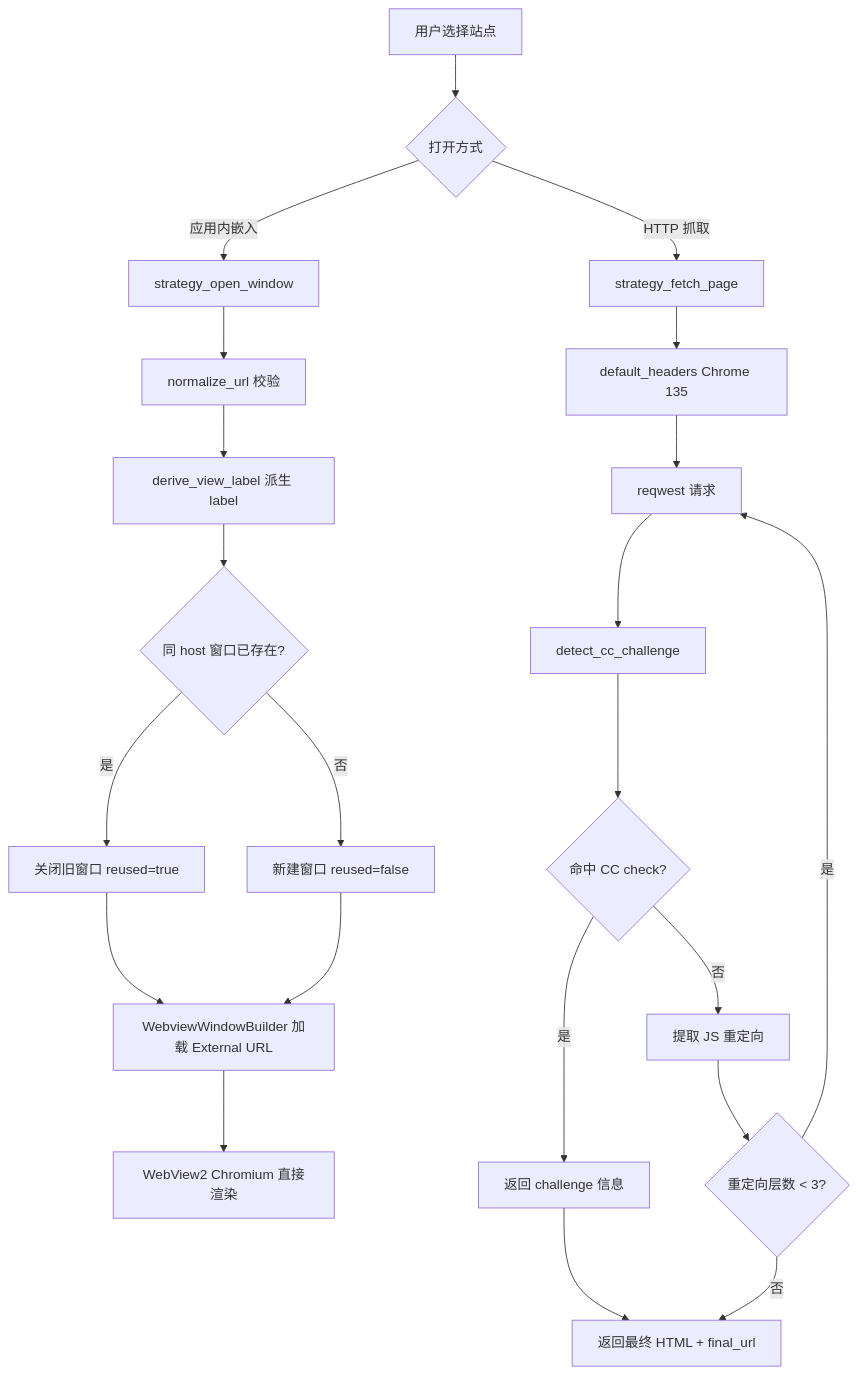
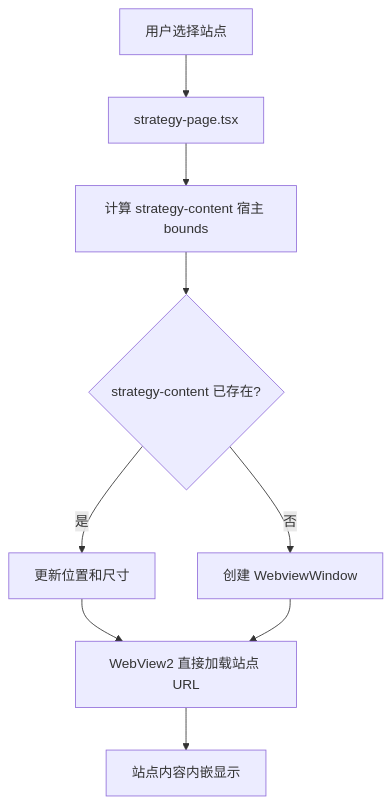
The diagram in droid-wiki/features/strategy.md (IZRINO/delta-auto-tools), drawn with Mermaid before and after one commit. The commit also changed other lines of this file and 49 other files, not shown here.

````diff
--- a/droid-wiki/features/strategy.md
+++ b/droid-wiki/features/strategy.md
@@ -79,26 +42,11 @@
 ```mermaid
 flowchart TD
-    A[用户选择站点] --> B{打开方式}
-    B -->|应用内嵌入| C[strategy_open_window]
-    B -->|HTTP 抓取| D[strategy_fetch_page]
-
-    C --> C1[normalize_url 校验]
-    C1 --> C2[derive_view_label 派生 label]
-    C2 --> C3{同 host 窗口已存在?}
-    C3 -->|是| C4[关闭旧窗口 reused=true]
-    C3 -->|否| C5[新建窗口 reused=false]
-    C4 --> C6[WebviewWindowBuilder 加载 External URL]
-    C5 --> C6
-    C6 --> C7[WebView2 Chromium 直接渲染]
-
-    D --> D1[default_headers Chrome 135]
-    D1 --> D2[reqwest 请求]
-    D2 --> D3[detect_cc_challenge]
-    D3 --> D4{命中 CC check?}
-    D4 -->|是| D5[返回 challenge 信息]
-    D4 -->|否| D6[提取 JS 重定向]
-    D6 --> D7{重定向层数 < 3?}
-    D7 -->|是| D2
-    D7 -->|否| D8[返回最终 HTML + final_url]
-    D5 --> D8
+    A[用户选择站点] --> B[strategy-page.tsx]
+    B --> C[计算 strategy-content 宿主 bounds]
+    C --> D{strategy-content 已存在?}
+    D -->|是| E[更新位置和尺寸]
+    D -->|否| F[创建 WebviewWindow]
+    E --> G[WebView2 直接加载站点 URL]
+    F --> G
+    G --> H[站点内容内嵌显示]
 ```
````
